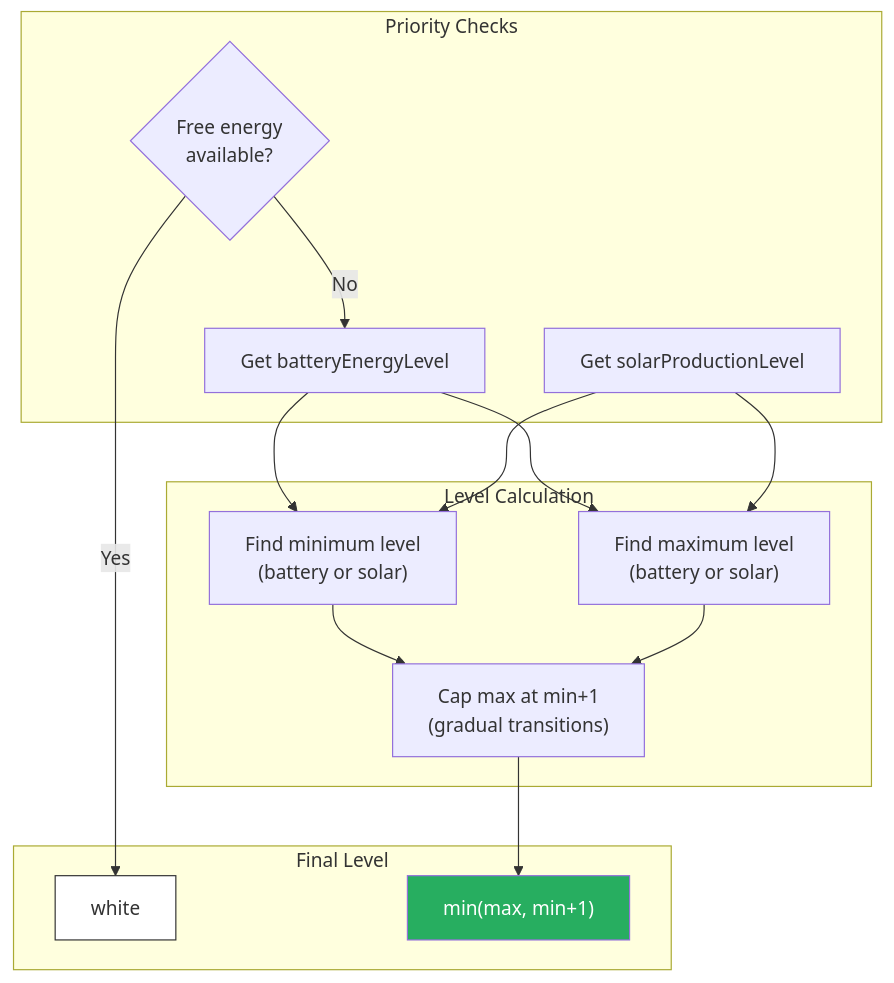
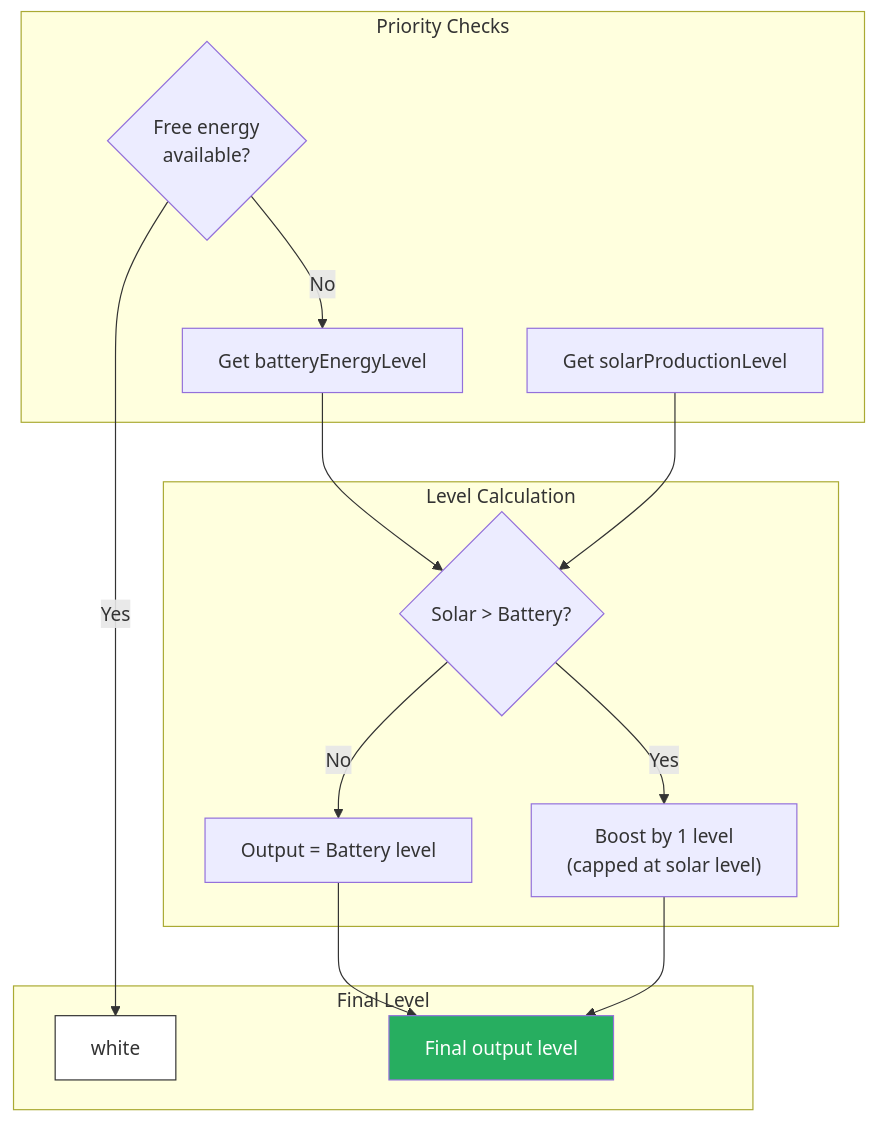
The second of 6 diagrams in docs/flows/ENERGY_MANAGEMENT.md (NickBorgers/home-automation), drawn with Mermaid before and after one commit. The commit also changed other lines of this file, not shown here.

Commit message:
docs(energy): Update algorithm description for boost-only solar behavior
Update ENERGY_MANAGEMENT.md to reflect the new solar level calculation:
- Solar can only boost, never drag down the battery level
- Remove old "min/max with cap" algorithm description
- Add clear examples showing boost-only behavior

````diff
--- a/docs/flows/ENERGY_MANAGEMENT.md
+++ b/docs/flows/ENERGY_MANAGEMENT.md
@@ -62,32 +62,31 @@
 ```mermaid
 flowchart TD
     subgraph Check["Priority Checks"]
         freeCheck{"Free energy<br/>available?"}
         battLevel["Get batteryEnergyLevel"]
         solarLevel["Get solarProductionLevel"]
     end
 
     subgraph Calculate["Level Calculation"]
-        findMin["Find minimum level<br/>(battery or solar)"]
-        findMax["Find maximum level<br/>(battery or solar)"]
-        capMax["Cap max at min+1<br/>(gradual transitions)"]
+        compare{"Solar > Battery?"}
+        useBase["Output = Battery level"]
+        boost["Boost by 1 level<br/>(capped at solar level)"]
     end
 
     subgraph Result["Final Level"]
         white["white"]
-        calculated["min(max, min+1)"]
+        calculated["Final output level"]
     end
 
     freeCheck -->|Yes| white
     freeCheck -->|No| battLevel
-    battLevel --> findMin
-    solarLevel --> findMin
-    battLevel --> findMax
-    solarLevel --> findMax
-    findMin --> capMax
-    findMax --> capMax
-    capMax --> calculated
+    battLevel --> compare
+    solarLevel --> compare
+    compare -->|No| useBase
+    compare -->|Yes| boost
+    useBase --> calculated
+    boost --> calculated
 
     style white fill:#fff,stroke:#333
     style calculated fill:#27ae60,color:#fff
 ```
````
